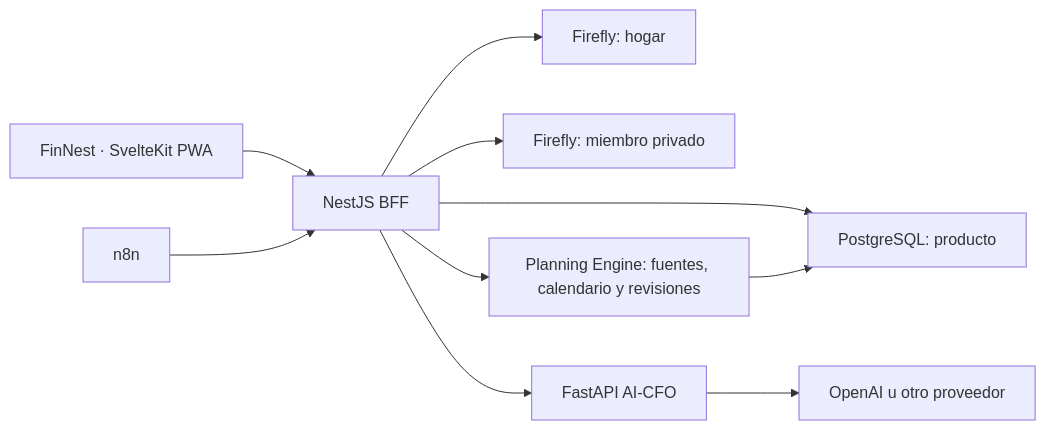
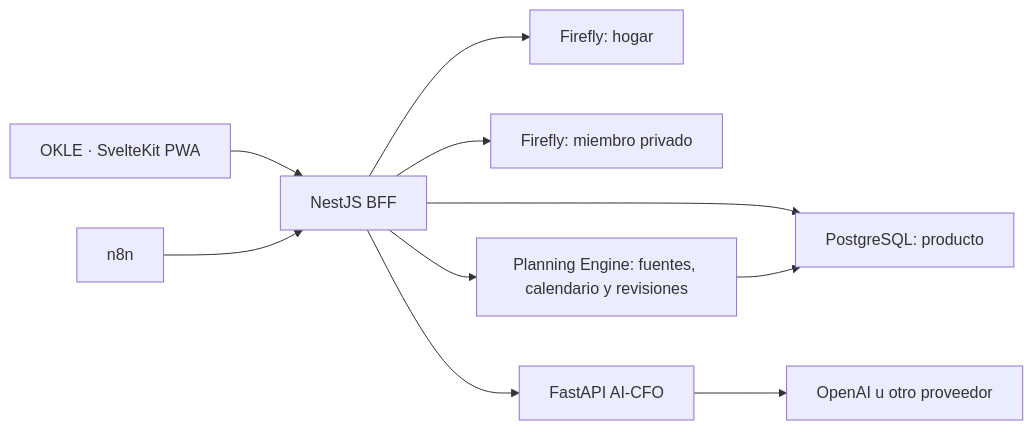
Before and after one commit to Wilmesa/finanzas-hogar: the first of 2 diagrams in docs/ARCHITECTURE.md, drawn with Mermaid. The commit also changed 51 other files, not shown here.

````diff
--- a/docs/ARCHITECTURE.md
+++ b/docs/ARCHITECTURE.md
@@ -5,12 +5,12 @@
 ```mermaid
 flowchart LR
-  UI["FinNest · SvelteKit PWA"] --> API["NestJS BFF"]
+  UI["OKLE · SvelteKit PWA"] --> API["NestJS BFF"]
   API --> DB["PostgreSQL: producto"]
   API --> SHARED["Firefly: hogar"]
   API --> PRIVATE["Firefly: miembro privado"]
   API --> PLAN["Planning Engine: fuentes, calendario y revisiones"]
   PLAN --> DB
   API --> AICFO["FastAPI AI-CFO"]
   AICFO --> LLM["OpenAI u otro proveedor"]
   N8N["n8n"] --> API
 ```
````
